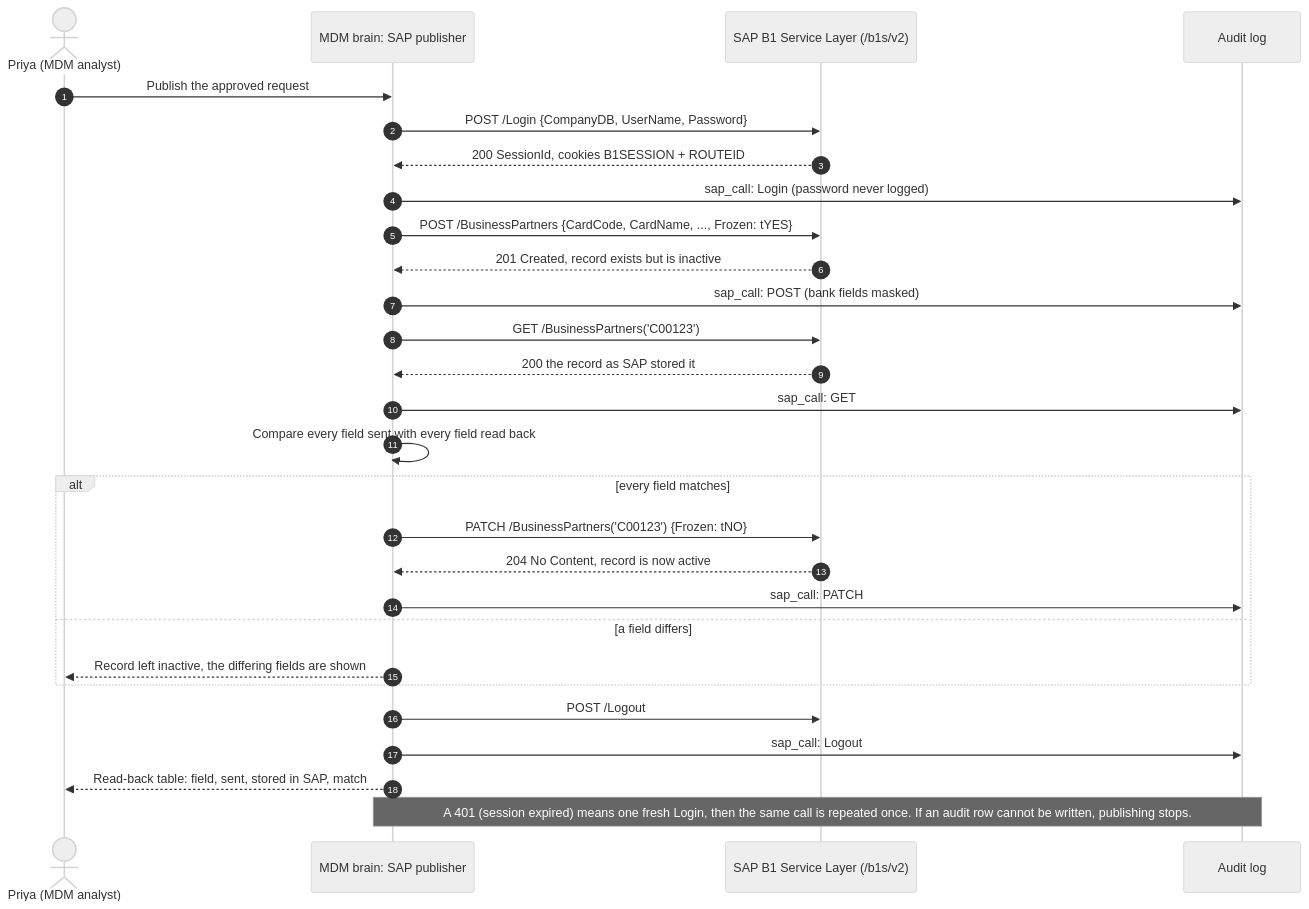
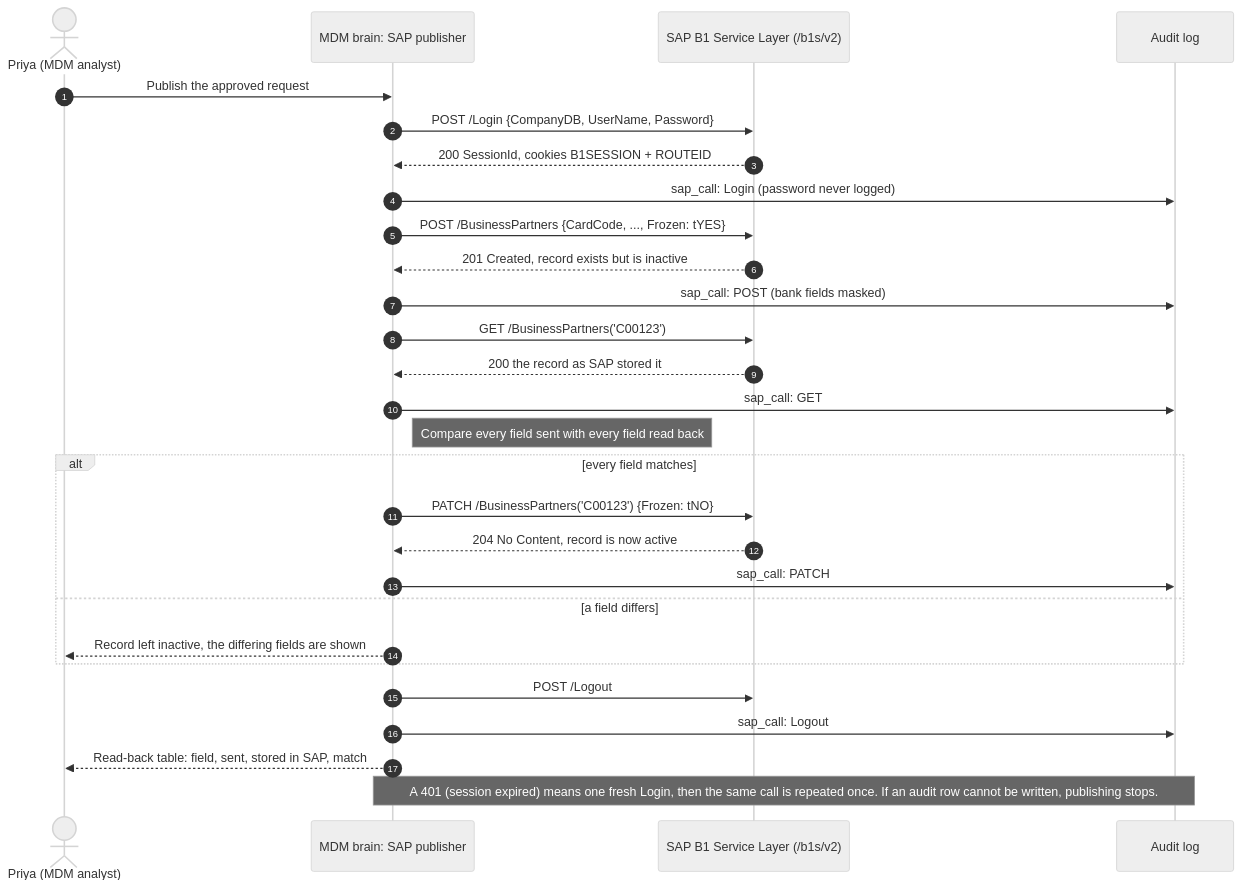
Before and after one commit to ihsankoolz/data-competition-2026: the second of 2 diagrams in README.md, drawn with Mermaid (neutral theme). The commit also changed other lines of this file and 5 other files, not shown here.

Commit message:
docs: architecture legend, solid audit/AI arrows, 'a person decides'; sequence labels clear of lifelines; PNGs at scale 2

````diff
--- a/README.md
+++ b/README.md
@@ -115,31 +121,31 @@
 ```mermaid
 sequenceDiagram
     autonumber
     actor Priya as Priya (MDM analyst)
     participant PUB as MDM brain: SAP publisher
     participant SL as SAP B1 Service Layer (/b1s/v2)
     participant AUD as Audit log
 
     Priya->>PUB: Publish the approved request
     PUB->>SL: POST /Login {CompanyDB, UserName, Password}
     SL-->>PUB: 200 SessionId, cookies B1SESSION + ROUTEID
     PUB->>AUD: sap_call: Login (password never logged)
-    PUB->>SL: POST /BusinessPartners {CardCode, CardName, ..., Frozen: tYES}
+    PUB->>SL: POST /BusinessPartners {CardCode, ..., Frozen: tYES}
     SL-->>PUB: 201 Created, record exists but is inactive
     PUB->>AUD: sap_call: POST (bank fields masked)
     PUB->>SL: GET /BusinessPartners('C00123')
     SL-->>PUB: 200 the record as SAP stored it
     PUB->>AUD: sap_call: GET
-    PUB->>PUB: Compare every field sent with every field read back
+    Note right of PUB: Compare every field sent with every field read back
     alt every field matches
         PUB->>SL: PATCH /BusinessPartners('C00123') {Frozen: tNO}
         SL-->>PUB: 204 No Content, record is now active
         PUB->>AUD: sap_call: PATCH
     else a field differs
         PUB-->>Priya: Record left inactive, the differing fields are shown
     end
     PUB->>SL: POST /Logout
     PUB->>AUD: sap_call: Logout
     PUB-->>Priya: Read-back table: field, sent, stored in SAP, match
     Note over PUB,AUD: A 401 (session expired) means one fresh Login, then the same call is repeated once. If an audit row cannot be written, publishing stops.
 ```
````
